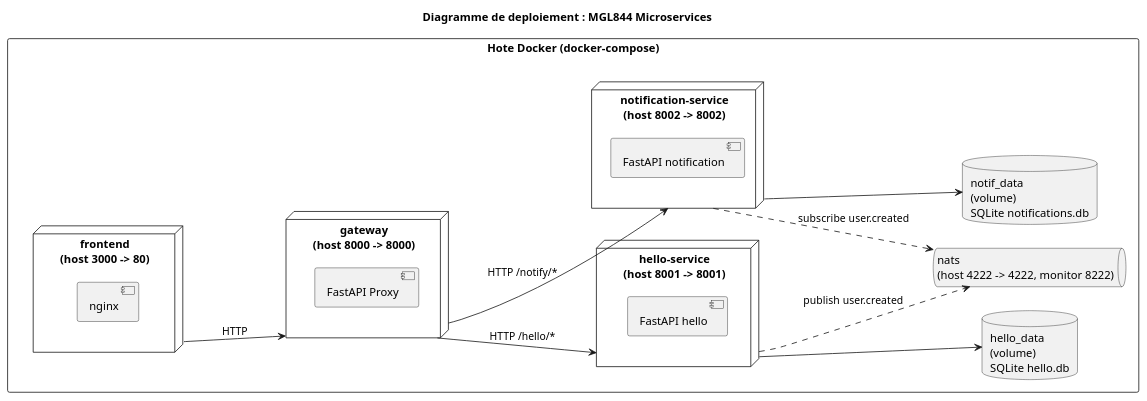
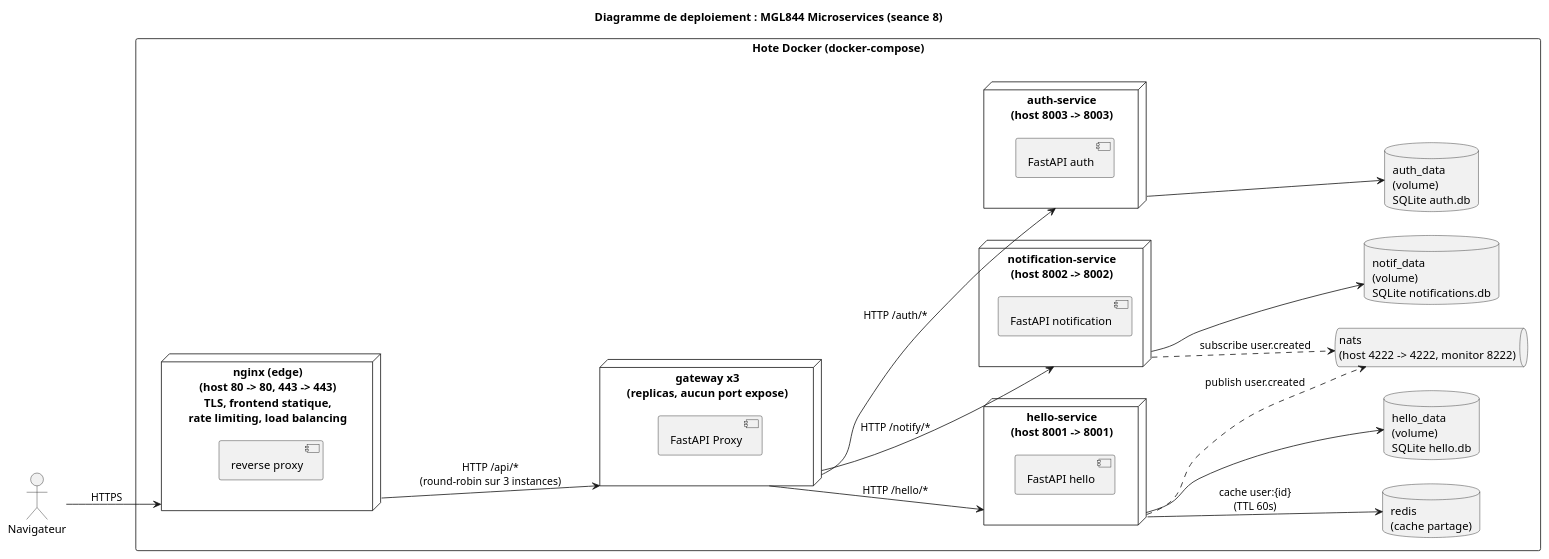
Before and after one commit to olry/MGL844-Demo-Microservices: the diagram in doc/deployment.puml, drawn with PlantUML. The commit also changed 1 other file, not shown here.

```diff
--- a/doc/deployment.puml
+++ b/doc/deployment.puml
@@ -1,49 +1,63 @@
 @startuml deployment
-title Diagramme de deploiement : MGL844 Microservices
+title Diagramme de deploiement : MGL844 Microservices (seance 8)
 
 left to right direction
 skinparam nodesep 30
 skinparam ranksep 60
 
+actor "Navigateur" as Browser
+
 rectangle "Hote Docker (docker-compose)" as Host {
 
-  node "frontend\n(host 3000 -> 80)" as Frontend {
-    [nginx]
+  node "nginx (edge)\n(host 80 -> 80, 443 -> 443)\nTLS, frontend statique,\nrate limiting, load balancing" as Nginx {
+    [reverse proxy]
   }
 
-  node "gateway\n(host 8000 -> 8000)" as Gateway {
+  node "gateway x3\n(replicas, aucun port expose)" as Gateway {
     [FastAPI Proxy]
   }
 
   node "hello-service\n(host 8001 -> 8001)" as Hello {
     [FastAPI hello]
   }
 
   node "notification-service\n(host 8002 -> 8002)" as Notif {
     [FastAPI notification]
   }
 
+  node "auth-service\n(host 8003 -> 8003)" as Auth {
+    [FastAPI auth]
+  }
+
   queue "nats\n(host 4222 -> 4222, monitor 8222)" as NATS
+  database "redis\n(cache partage)" as Redis
 
   database "hello_data\n(volume)\nSQLite hello.db" as DBH
   database "notif_data\n(volume)\nSQLite notifications.db" as DBN
+  database "auth_data\n(volume)\nSQLite auth.db" as DBA
 }
 
 ' === Layout ===
-Frontend -[hidden]right- Gateway
-Gateway  -[hidden]right- Hello
-Hello    -[hidden]right- Notif
+Nginx   -[hidden]right- Gateway
+Gateway -[hidden]right- Hello
+Hello   -[hidden]right- Notif
+Notif   -[hidden]right- Auth
 
 ' === Connexions ===
-Frontend --> Gateway : HTTP
+Browser --> Nginx : HTTPS
+
+Nginx --> Gateway : HTTP /api/*\n(round-robin sur 3 instances)
 
 Gateway --> Hello : HTTP /hello/*
 Gateway --> Notif : HTTP /notify/*
+Gateway --> Auth  : HTTP /auth/*
 
 Hello ..> NATS  : publish user.created
 Notif ..> NATS  : subscribe user.created
 
+Hello --> Redis : cache user:{id}\n(TTL 60s)
 Hello --> DBH
 Notif --> DBN
+Auth  --> DBA
 
 @enduml
```
